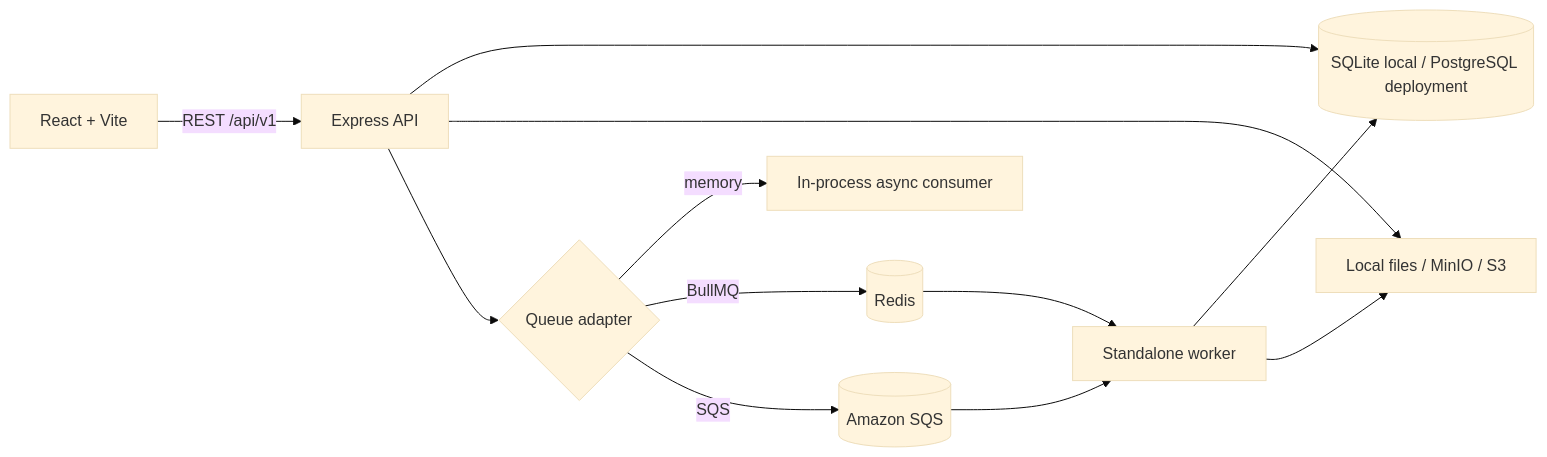
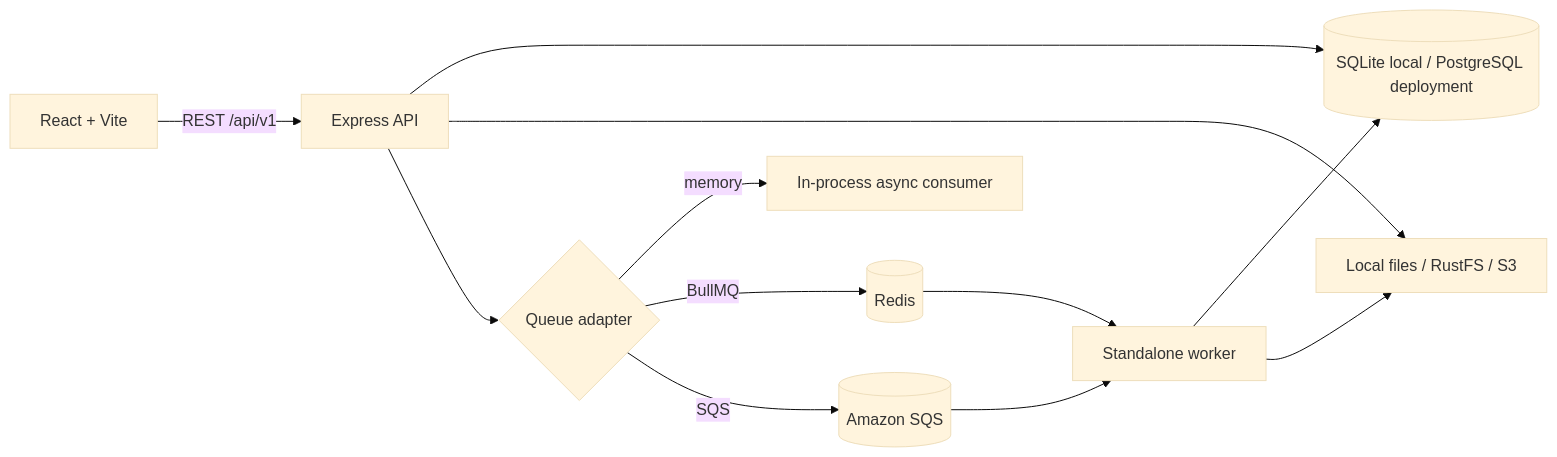
The diagram in ARCHITECTURE.md (Ayushi-Das-06/TalentCloud), drawn with Mermaid (base theme) before and after one commit. The commit also changed other lines of this file and 13 other files, not shown here.

Commit message:
fix(compose): replace unavailable MinIO with RustFS

````diff
--- a/ARCHITECTURE.md
+++ b/ARCHITECTURE.md
@@ -5,14 +5,14 @@
 ```mermaid
 flowchart LR
   Browser[React + Vite] -->|REST /api/v1| API[Express API]
   API --> DB[(SQLite local / PostgreSQL deployment)]
-  API --> Files[Local files / MinIO / S3]
+  API --> Files[Local files / RustFS / S3]
   API --> Queue{Queue adapter}
   Queue -->|memory| Inline[In-process async consumer]
   Queue -->|BullMQ| Redis[(Redis)]
   Queue -->|SQS| SQS[(Amazon SQS)]
   Redis --> Worker[Standalone worker]
   SQS --> Worker
   Worker --> DB
   Worker --> Files
 ```
````
